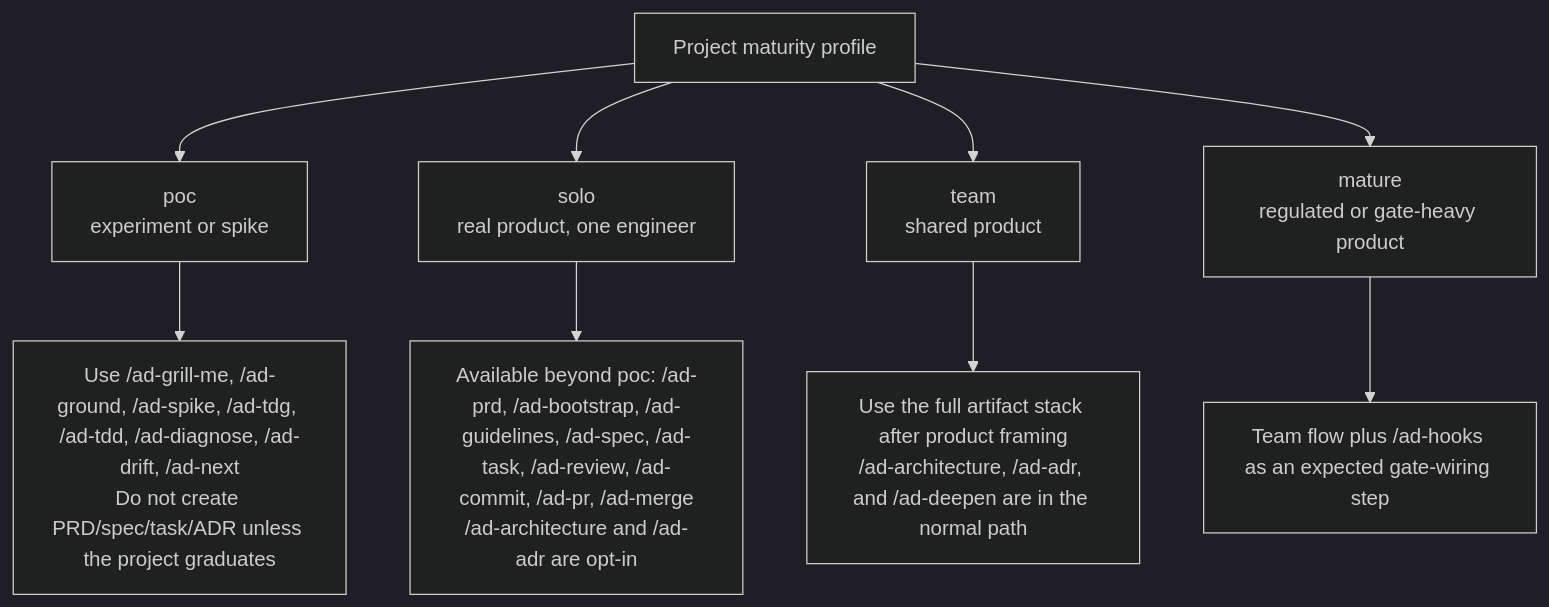
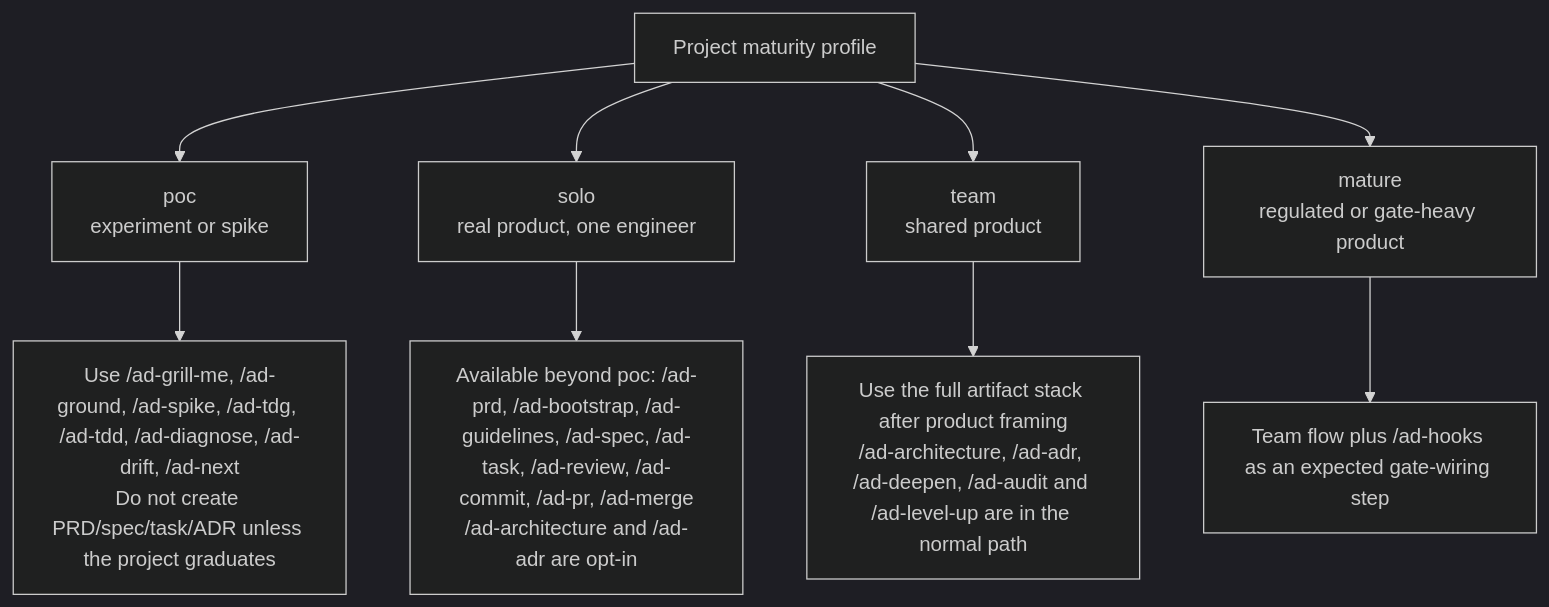
Before and after one commit to alexandremendoncaalvaro/agentic-development: the second of 10 diagrams in WORKFLOW-FLOWS.md, drawn with Mermaid (dark theme). The commit also changed other lines of this file and 7 other files, not shown here.

````diff
--- a/WORKFLOW-FLOWS.md
+++ b/WORKFLOW-FLOWS.md
@@ -52,22 +52,22 @@
 ```mermaid
 flowchart TD
     Work["Project maturity profile"]
     Poc["poc<br>experiment or spike"]
     Solo["solo<br>real product, one engineer"]
     Team["team<br>shared product"]
     Mature["mature<br>regulated or gate-heavy product"]
 
     PocFlow["Use /ad-grill-me, /ad-ground, /ad-spike, /ad-tdg, /ad-tdd, /ad-diagnose, /ad-drift, /ad-next<br>Do not create PRD/spec/task/ADR unless the project graduates"]
     SoloFlow["Available beyond poc: /ad-prd, /ad-bootstrap, /ad-guidelines, /ad-spec, /ad-task, /ad-review, /ad-commit, /ad-pr, /ad-merge<br>/ad-architecture and /ad-adr are opt-in"]
-    TeamFlow["Use the full artifact stack after product framing<br>/ad-architecture, /ad-adr, and /ad-deepen are in the normal path"]
+    TeamFlow["Use the full artifact stack after product framing<br>/ad-architecture, /ad-adr, /ad-deepen, /ad-audit and /ad-level-up are in the normal path"]
     MatureFlow["Team flow plus /ad-hooks as an expected gate-wiring step"]
 
     Work --> Poc
     Work --> Solo
     Work --> Team
     Work --> Mature
     Poc --> PocFlow
     Solo --> SoloFlow
     Team --> TeamFlow
     Mature --> MatureFlow
 ```
````
